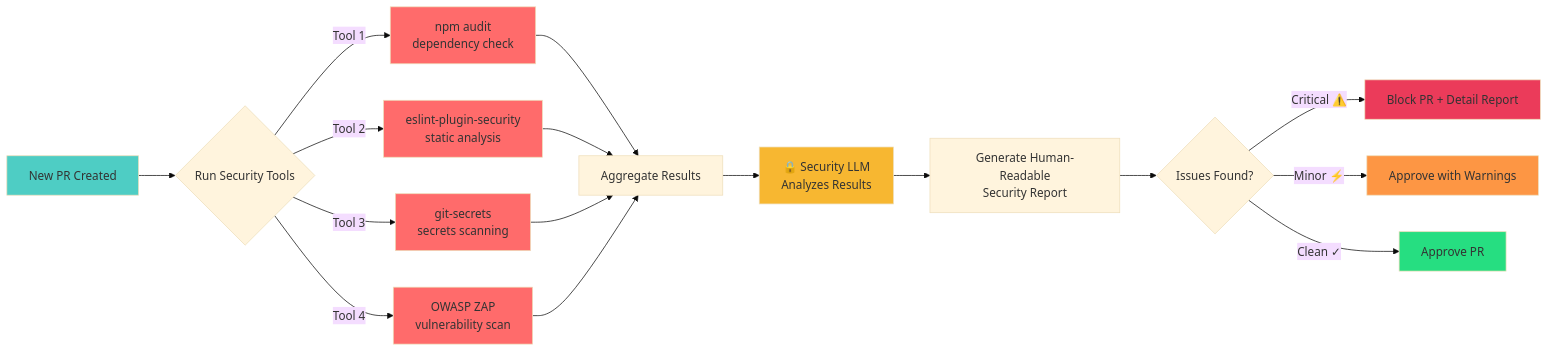
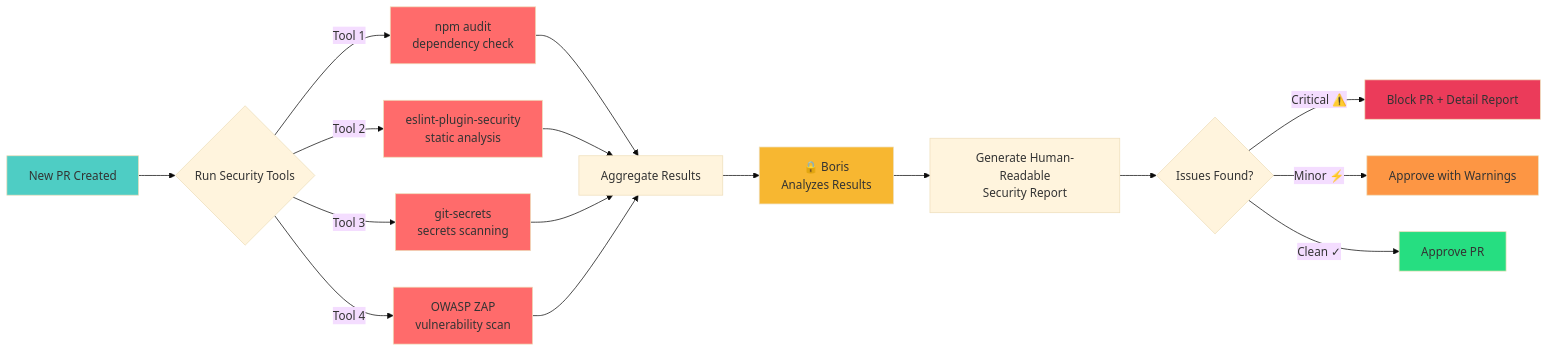
The seventh of 10 diagrams in blog/personal/2025-01-26-lokale-ai-dev-omgeving.md (rubenvdlinde/rubenlinde), drawn with Mermaid (base theme) before and after one commit. The commit also changed other lines of this file, not shown here.

````diff
--- a/blog/personal/2025-01-26-lokale-ai-dev-omgeving.md
+++ b/blog/personal/2025-01-26-lokale-ai-dev-omgeving.md
@@ -700,32 +700,32 @@
 ```mermaid
 flowchart LR
     PR[New PR Created] --> Parallel{Run Security Tools}
 
     Parallel -->|Tool 1| Audit[npm audit<br/>dependency check]
     Parallel -->|Tool 2| ESLint[eslint-plugin-security<br/>static analysis]
     Parallel -->|Tool 3| Secrets[git-secrets<br/>secrets scanning]
     Parallel -->|Tool 4| OWASP[OWASP ZAP<br/>vulnerability scan]
 
     Audit --> Results[Aggregate Results]
     ESLint --> Results
     Secrets --> Results
     OWASP --> Results
 
-    Results --> LLM[🔒 Security LLM<br/>Analyzes Results]
-    LLM --> Report[Generate Human-Readable<br/>Security Report]
+    Results --> Boris[🔒 Boris<br/>Analyzes Results]
+    Boris --> Report[Generate Human-Readable<br/>Security Report]
 
     Report --> Decision{Issues Found?}
     Decision -->|Critical ⚠️| Block[Block PR + Detail Report]
     Decision -->|Minor ⚡| Warn[Approve with Warnings]
     Decision -->|Clean ✓| Approve[Approve PR]
 
     style PR fill:#4ecdc4
     style Audit fill:#ff6b6b
     style ESLint fill:#ff6b6b
     style Secrets fill:#ff6b6b
     style OWASP fill:#ff6b6b
-    style LLM fill:#f7b731
+    style Boris fill:#f7b731
     style Block fill:#eb3b5a
     style Warn fill:#fd9644
     style Approve fill:#26de81
 ```
````
